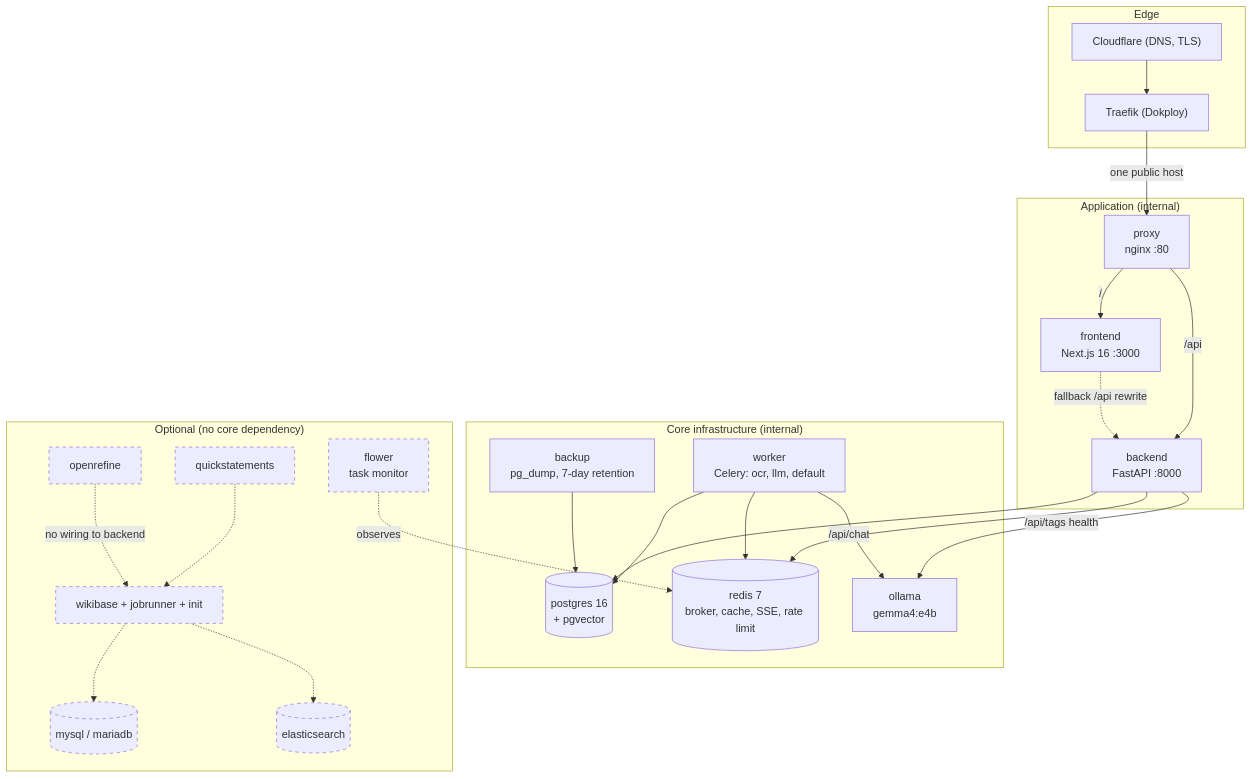
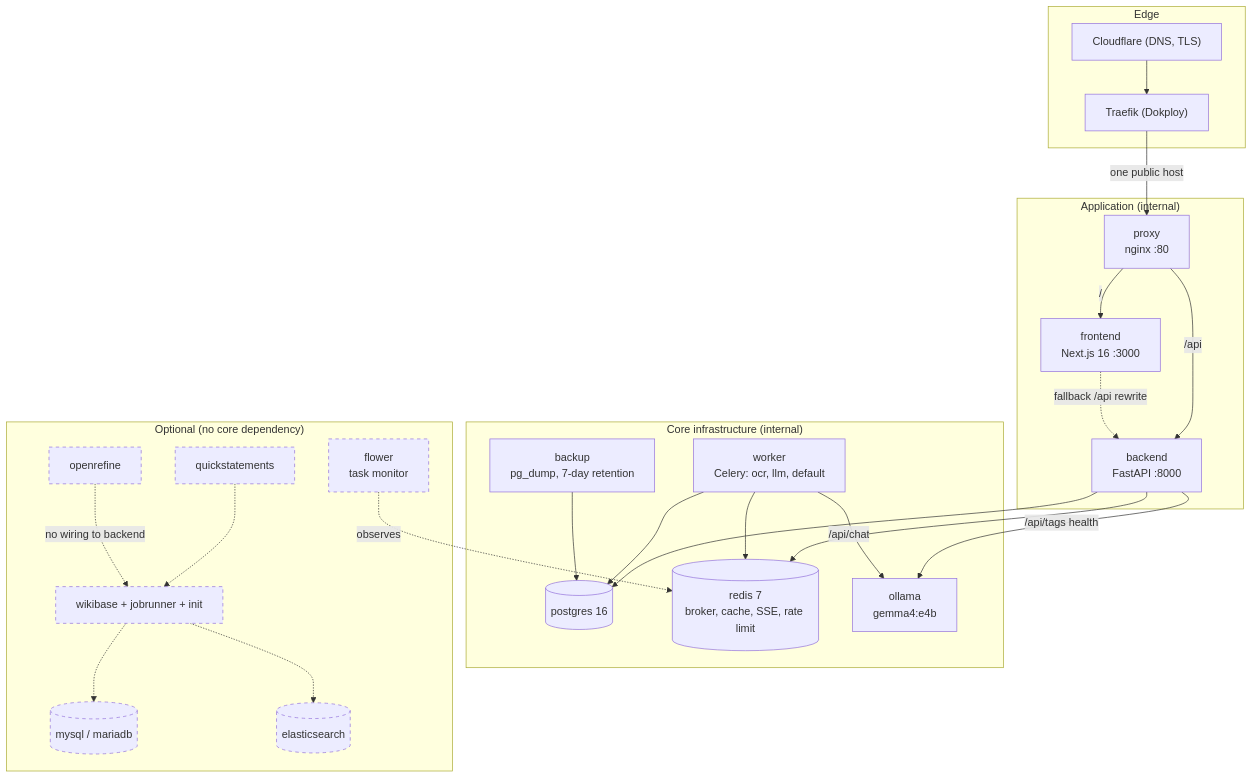
Before and after one commit to Agamya-Samuel/indic-book-metadata-extractor-v2: the first of 3 diagrams in docs/architecture/system-architecture.md, drawn with Mermaid. The commit also changed other lines of this file and 12 other files, not shown here.

First line of the commit message:
docs: record the pgvector removal and the Postgres image pin

````diff
--- a/docs/architecture/system-architecture.md
+++ b/docs/architecture/system-architecture.md
@@ -30,53 +30,53 @@
 ```mermaid
 flowchart TB
     subgraph edge["Edge"]
         CF["Cloudflare (DNS, TLS)"]
         TR["Traefik (Dokploy)"]
     end
 
     subgraph app["Application (internal)"]
         PX["proxy<br/>nginx :80"]
         FE["frontend<br/>Next.js 16 :3000"]
         BE["backend<br/>FastAPI :8000"]
     end
 
     subgraph core["Core infrastructure (internal)"]
-        PG[("postgres 16<br/>+ pgvector")]
+        PG[("postgres 16")]
         RD[("redis 7<br/>broker, cache, SSE, rate limit")]
         OL["ollama<br/>gemma4:e4b"]
         WK["worker<br/>Celery: ocr, llm, default"]
         BAK["backup<br/>pg_dump, 7-day retention"]
     end
 
     subgraph optional["Optional (no core dependency)"]
         FL["flower<br/>task monitor"]
         WB["wikibase + jobrunner + init"]
         QS["quickstatements"]
         MY[("mysql / mariadb")]
         ES[("elasticsearch")]
         OR["openrefine"]
     end
 
     CF --> TR
     TR -->|"one public host"| PX
     PX -->|"/"| FE
     PX -->|"/api"| BE
     FE -.->|"fallback /api rewrite"| BE
 
     BE --> PG
     BE --> RD
     BE -->|"/api/tags health"| OL
     WK --> PG
     WK --> RD
     WK -->|"/api/chat"| OL
     BAK --> PG
 
     FL -.->|"observes"| RD
     WB -.-> MY
     WB -.-> ES
     QS -.-> WB
     OR -.->|"no wiring to backend"| WB
 
     classDef opt stroke-dasharray: 5 5
     class FL,WB,QS,MY,ES,OR opt
 ```
````
